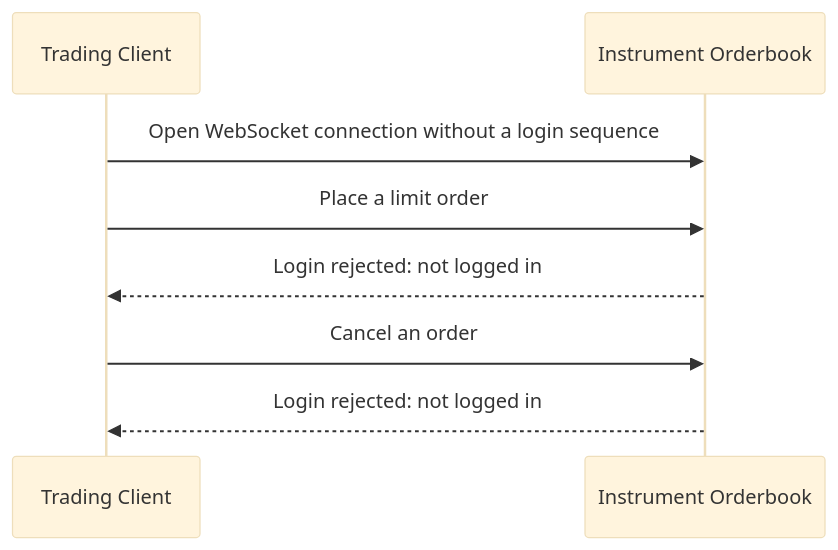
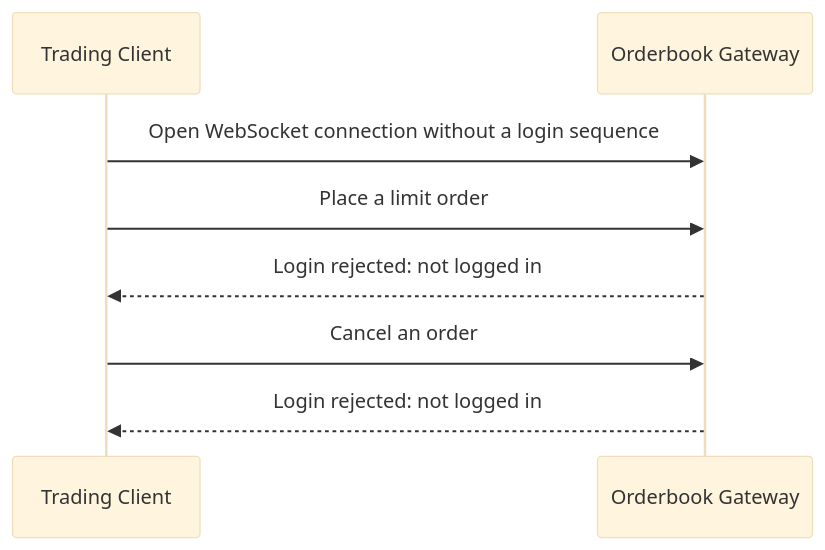
The third of 3 diagrams in docs/sequence.md (Braqzen/orderbook-trading), drawn with Mermaid (base theme) before and after one commit. The commit also changed other lines of this file and 80 other files, not shown here.

````diff
--- a/docs/sequence.md
+++ b/docs/sequence.md
@@ -71,11 +81,11 @@
 ```mermaid
 sequenceDiagram
     participant Client as Trading Client
-    participant Orderbook as Instrument Orderbook
+    participant OrderGateway as Orderbook Gateway
 
-    Client->>Orderbook: Open WebSocket connection without a login sequence
-    Client->>Orderbook: Place a limit order
-    Orderbook-->>Client: Login rejected: not logged in
-    Client->>Orderbook: Cancel an order
-    Orderbook-->>Client: Login rejected: not logged in
+    Client->>OrderGateway: Open WebSocket connection without a login sequence
+    Client->>OrderGateway: Place a limit order
+    OrderGateway-->>Client: Login rejected: not logged in
+    Client->>OrderGateway: Cancel an order
+    OrderGateway-->>Client: Login rejected: not logged in
 ```
````
